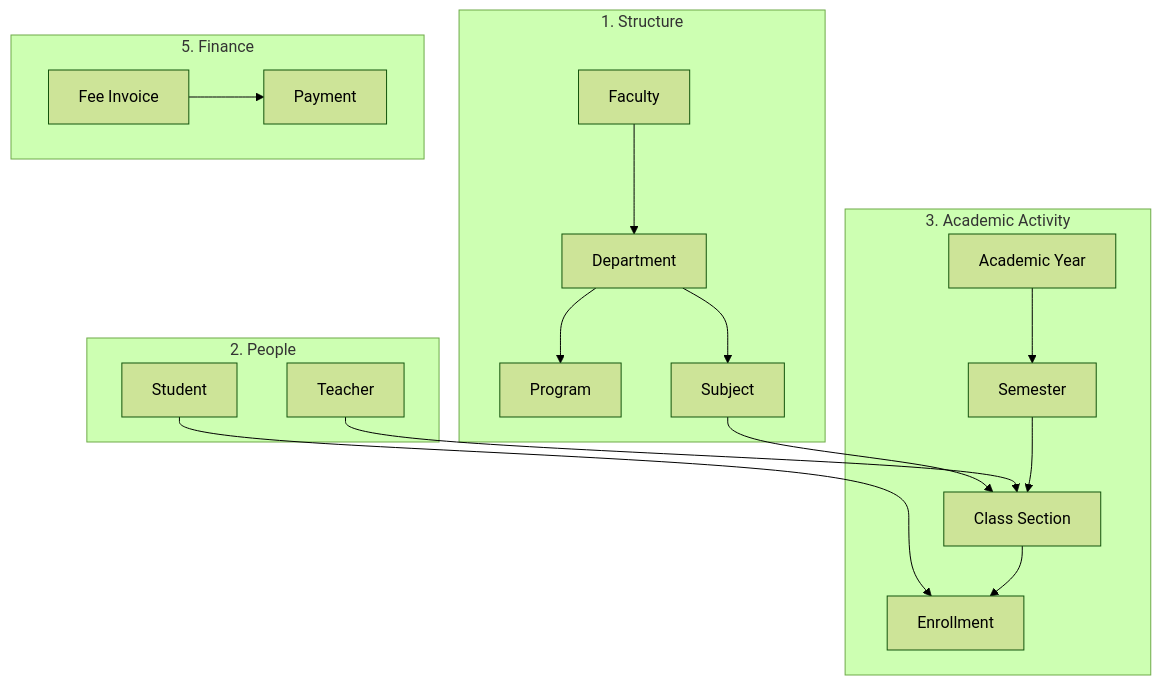
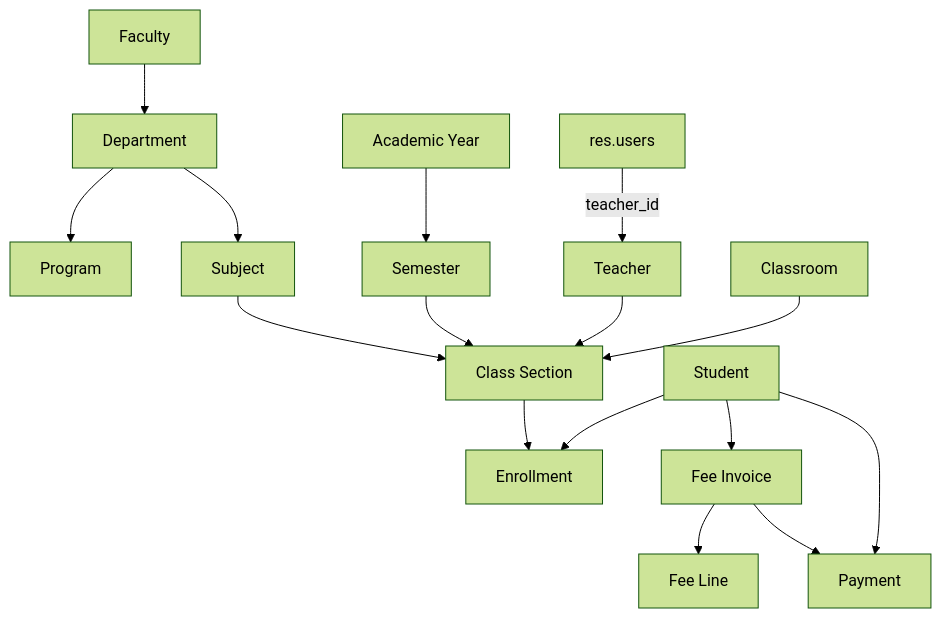
Before and after one commit to Sothearith22/odoo: the diagram in custom/school_management/document/project_overview.md, drawn with Mermaid (forest theme). The commit also changed other lines of this file and 31 other files, not shown here.

````diff
--- a/custom/school_management/document/project_overview.md
+++ b/custom/school_management/document/project_overview.md
@@ -11,24 +59,22 @@
 ```mermaid
 flowchart TB
-    subgraph structure [1. Structure]
-        F[Faculty] --> D[Department] --> P[Program]
-        D --> S[Subject]
-    end
-    subgraph people [2. People]
-        ST[Student]
-        T[Teacher]
-    end
-    subgraph academic [3. Academic Activity]
-        AY[Academic Year] --> SEM[Semester]
-        CS[Class Section]
-        EN[Enrollment]
-    end
-    subgraph finance [5. Finance]
-        FEE[Fee Invoice] --> PAY[Payment]
-    end
-    ST --> EN
-    CS --> EN
-    S --> CS
-    T --> CS
-    SEM --> CS
+    FAC[Faculty] --> DEP[Department]
+    DEP --> PROG[Program]
+    DEP --> SUBJ[Subject]
+
+    AY[Academic Year] --> SEM[Semester]
+    SUBJ --> SEC[Class Section]
+    SEM --> SEC
+    TCH[Teacher] --> SEC
+    ROOM[Classroom] --> SEC
+
+    STU[Student] --> ENR[Enrollment]
+    SEC --> ENR
+
+    STU --> FEE[Fee Invoice]
+    FEE --> LINE[Fee Line]
+    FEE --> PAY[Payment]
+    STU --> PAY
+
+    USER[res.users] -->|teacher_id| TCH
 ```
````
